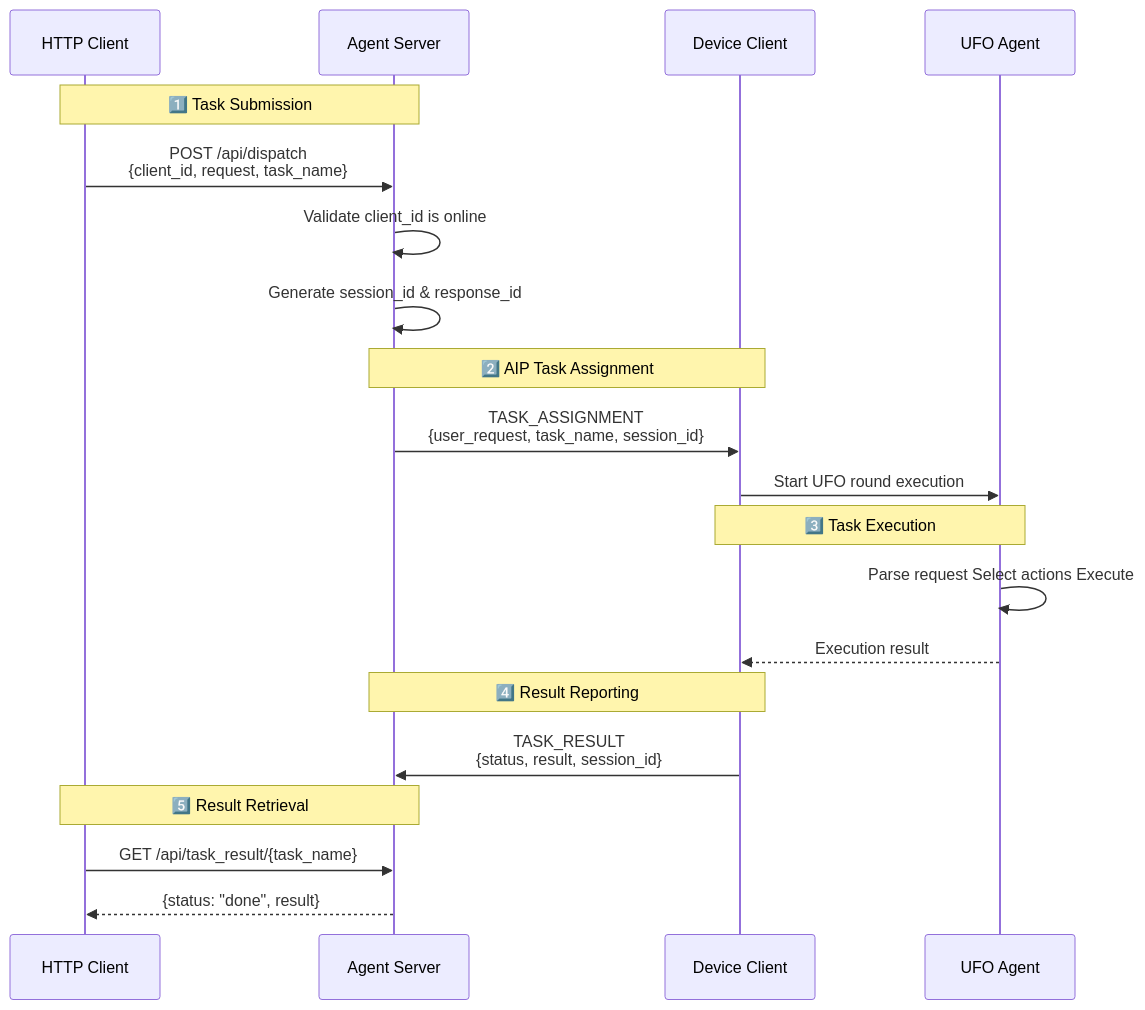
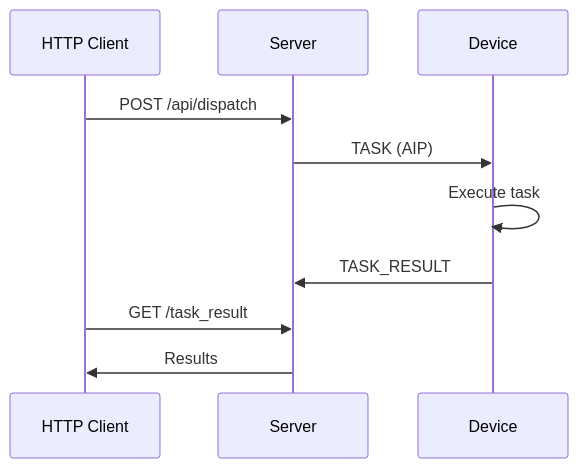
The second of 2 diagrams in documents/docs/server/quick_start.md (microsoft/UFO), drawn with Mermaid before and after one commit. The commit also changed other lines of this file and 27 other files, not shown here.

````diff
--- a/documents/docs/server/quick_start.md
+++ b/documents/docs/server/quick_start.md
@@ -310,27 +260,13 @@
 ```mermaid
 sequenceDiagram
     participant API as HTTP Client
-    participant S as Agent Server
-    participant D as Device Client
-    participant U as UFO Agent
+    participant S as Server
+    participant D as Device
     
-    Note over API,S: 1️⃣ Task Submission
-    API->>S: POST /api/dispatch<br/>{client_id, request, task_name}
-    S->>S: Validate client_id is online
-    S->>S: Generate session_id & response_id
-    
-    Note over S,D: 2️⃣ AIP Task Assignment
-    S->>D: TASK_ASSIGNMENT<br/>{user_request, task_name, session_id}
-    D->>U: Start UFO round execution
-    
-    Note over D,U: 3️⃣ Task Execution
-    U->>U: Parse request Select actions Execute
-    U-->>D: Execution result
-    
-    Note over D,S: 4️⃣ Result Reporting
-    D->>S: TASK_RESULT<br/>{status, result, session_id}
-    
-    Note over API,S: 5️⃣ Result Retrieval
-    API->>S: GET /api/task_result/{task_name}
-    S-->>API: {status: "done", result}
+    API->>S: POST /api/dispatch
+    S->>D: TASK (AIP)
+    D->>D: Execute task
+    D->>S: TASK_RESULT
+    API->>S: GET /task_result
+    S->>API: Results
 ```
````
